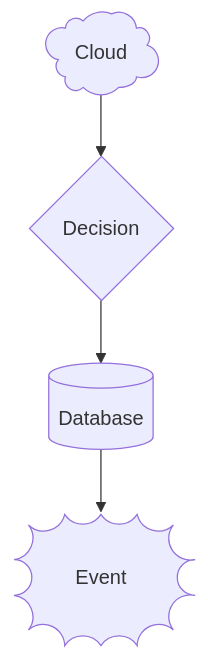
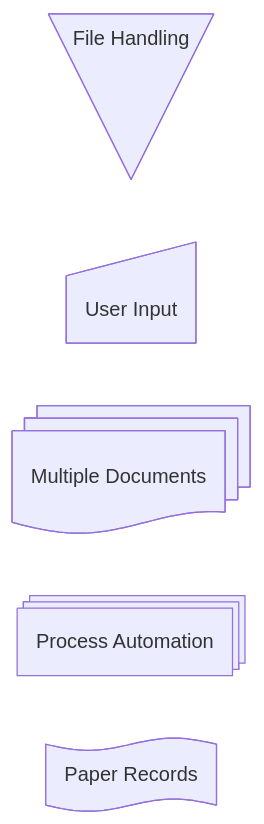
Diagram 16 of 18 in skills/mermaid/examples/flowchart.md (teachingai/full-stack-skills), drawn with Mermaid before and after one commit. The commit also changed other lines of this file, not shown here.

First line of the commit message:
``` feat(mermaid): 更新流程图示例以支持新形状和边缘ID

````diff
--- a/skills/mermaid/examples/flowchart.md
+++ b/skills/mermaid/examples/flowchart.md
@@ -247,11 +249,8 @@
 ```mermaid
-flowchart TD
-    A@{ shape: cloud, label: "Cloud" }
-    B@{ shape: diam, label: "Decision" }
-    C@{ shape: cyl, label: "Database" }
-    D@{ shape: bang, label: "Event" }
-
-    A --> B
-    B --> C
-    C --> D
+flowchart RL
+    A@{ shape: manual-file, label: "File Handling"}
+    B@{ shape: manual-input, label: "User Input"}
+    C@{ shape: docs, label: "Multiple Documents"}
+    D@{ shape: procs, label: "Process Automation"}
+    E@{ shape: paper-tape, label: "Paper Records"}
 ```
````
